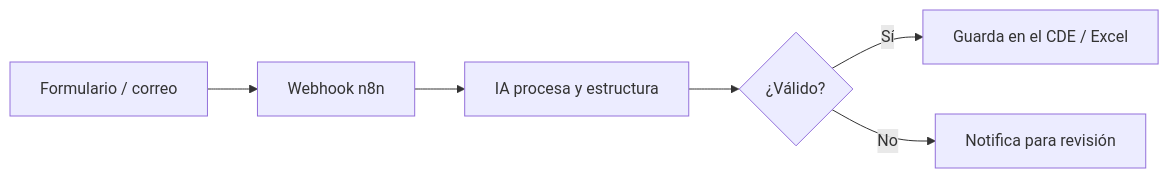
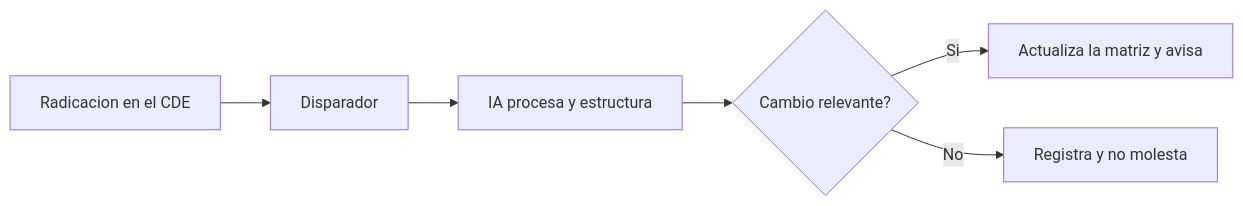
One commit to puyojulian-ascend/DiplomadoBIM.IA changed the second of 2 diagrams in docs/sessions/06-consulta-nocode-mcp.md. Above: the diagram before and after it, drawn with Mermaid. The commit also changed other lines of this file and 30 other files, not shown here.

````diff
--- a/docs/sessions/06-consulta-nocode-mcp.md
+++ b/docs/sessions/06-consulta-nocode-mcp.md
@@ -111,8 +109,8 @@
 ```mermaid
 flowchart LR
-    A[Formulario / correo] --> B[Webhook n8n]
+    A[Radicacion en el CDE] --> B[Disparador]
     B --> C[IA procesa y estructura]
-    C --> D{¿Válido?}
-    D -- Sí --> E[Guarda en el CDE / Excel]
-    D -- No --> F[Notifica para revisión]
+    C --> D{Cambio relevante?}
+    D -- Si --> E[Actualiza la matriz y avisa]
+    D -- No --> F[Registra y no molesta]
 ```
````
